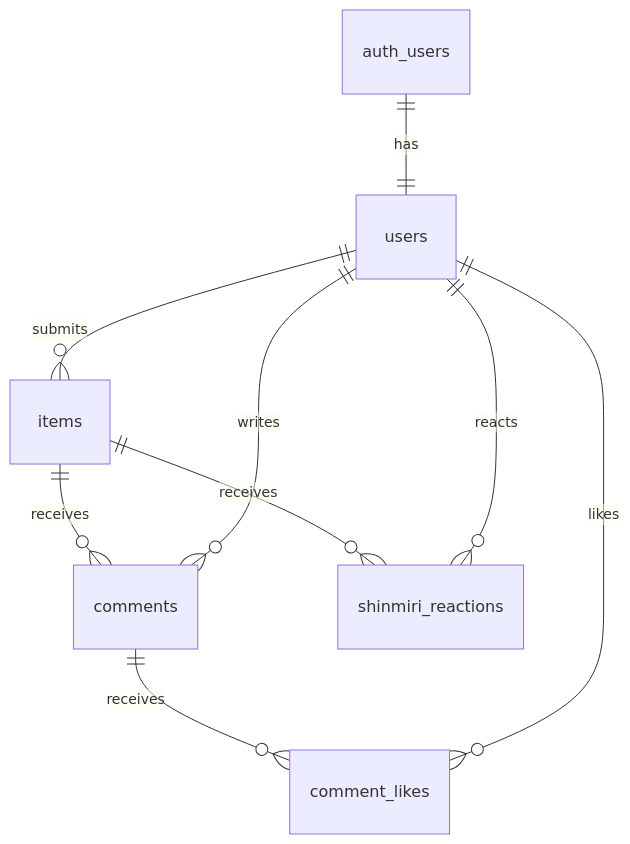
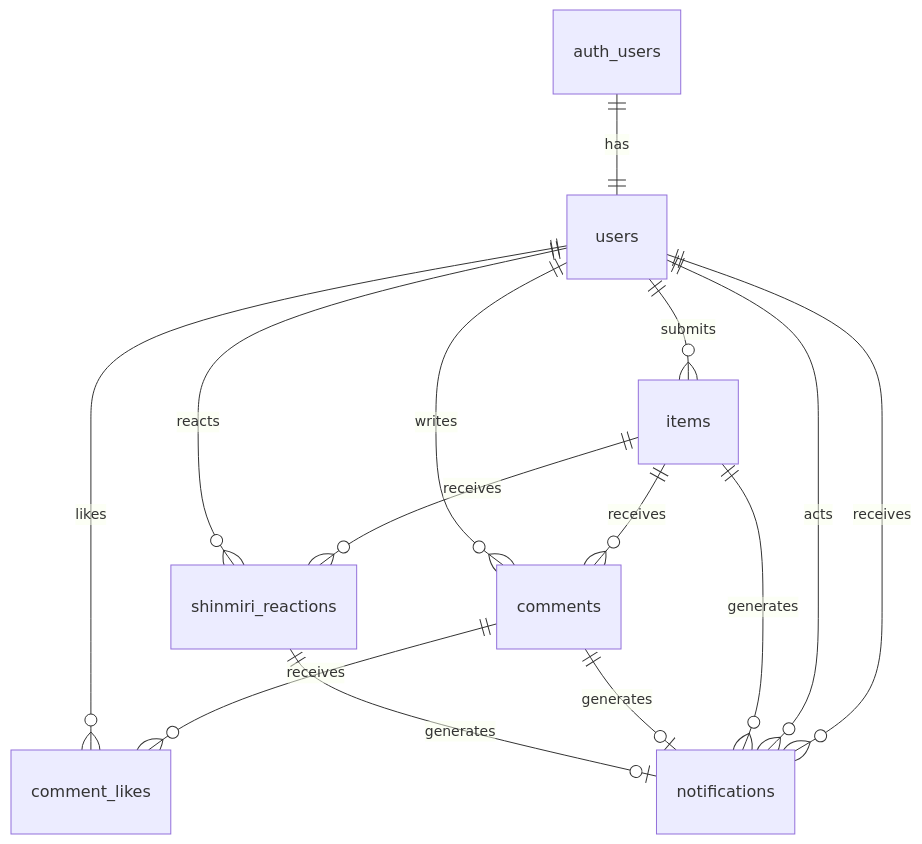
The diagram in docs/DATABASE_DESIGN.md (yasusudas/anokoro-museum), drawn with Mermaid before and after one commit. The commit also changed other lines of this file and 10 other files, not shown here.

````diff
--- a/docs/DATABASE_DESIGN.md
+++ b/docs/DATABASE_DESIGN.md
@@ -7,11 +7,16 @@
 ```mermaid
 erDiagram
   auth_users ||--|| users : has
   users ||--o{ items : submits
   items ||--o{ comments : receives
   users ||--o{ comments : writes
   comments ||--o{ comment_likes : receives
   users ||--o{ comment_likes : likes
   items ||--o{ shinmiri_reactions : receives
   users ||--o{ shinmiri_reactions : reacts
+  users ||--o{ notifications : receives
+  users ||--o{ notifications : acts
+  items ||--o{ notifications : generates
+  comments ||--o| notifications : generates
+  shinmiri_reactions ||--o| notifications : generates
 ```
````
